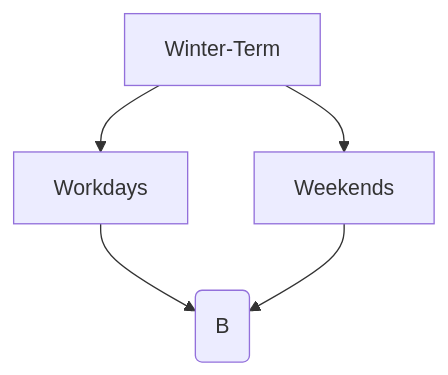
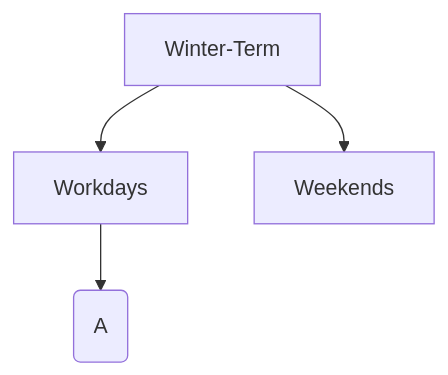
The diagram in README.md (hajri94/Predictive-Model-for-Heat-Load-in-Buildings-Connected-to-District-Heating-Network), drawn with Mermaid before and after one commit.

````diff
--- a/README.md
+++ b/README.md
@@ -71,7 +71,6 @@
 ```mermaid
 graph TD;
     Winter-Term-->Workdays;
     Winter-Term-->Weekends;    
     Workdays-->Model-(A);
-    Weekends-->Model-(B);
-```
+ ```
````
